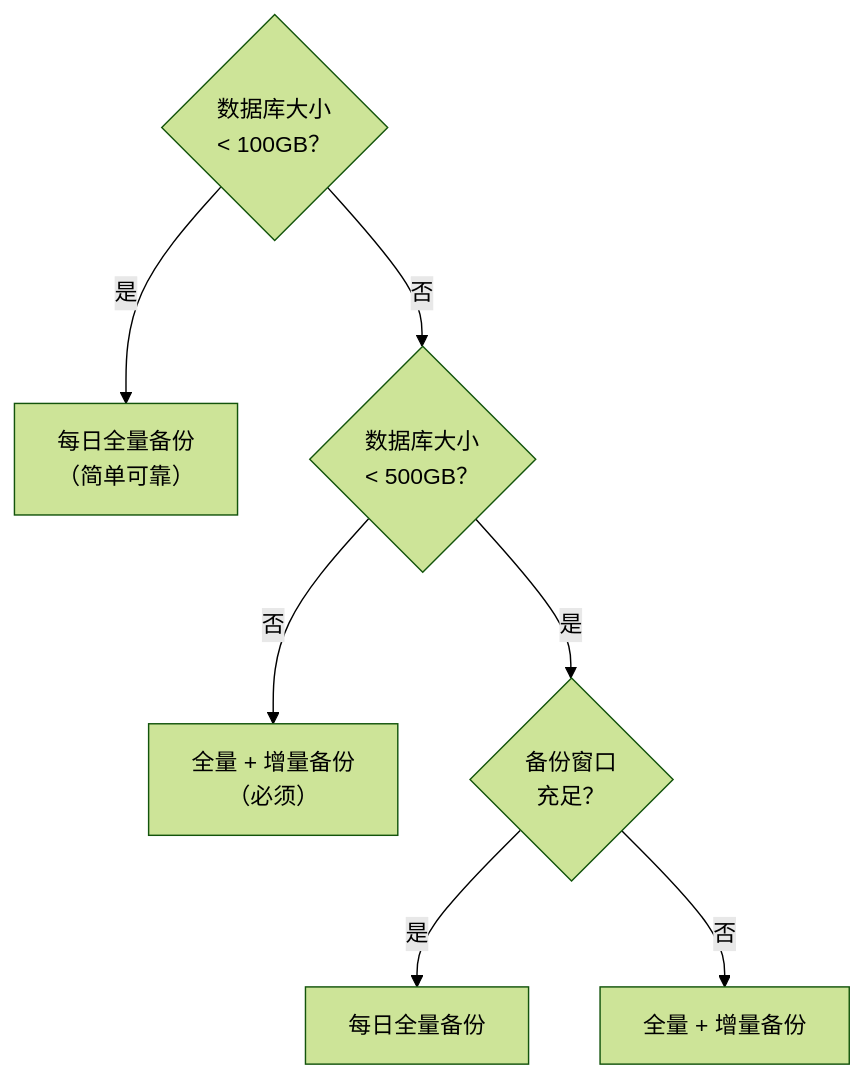
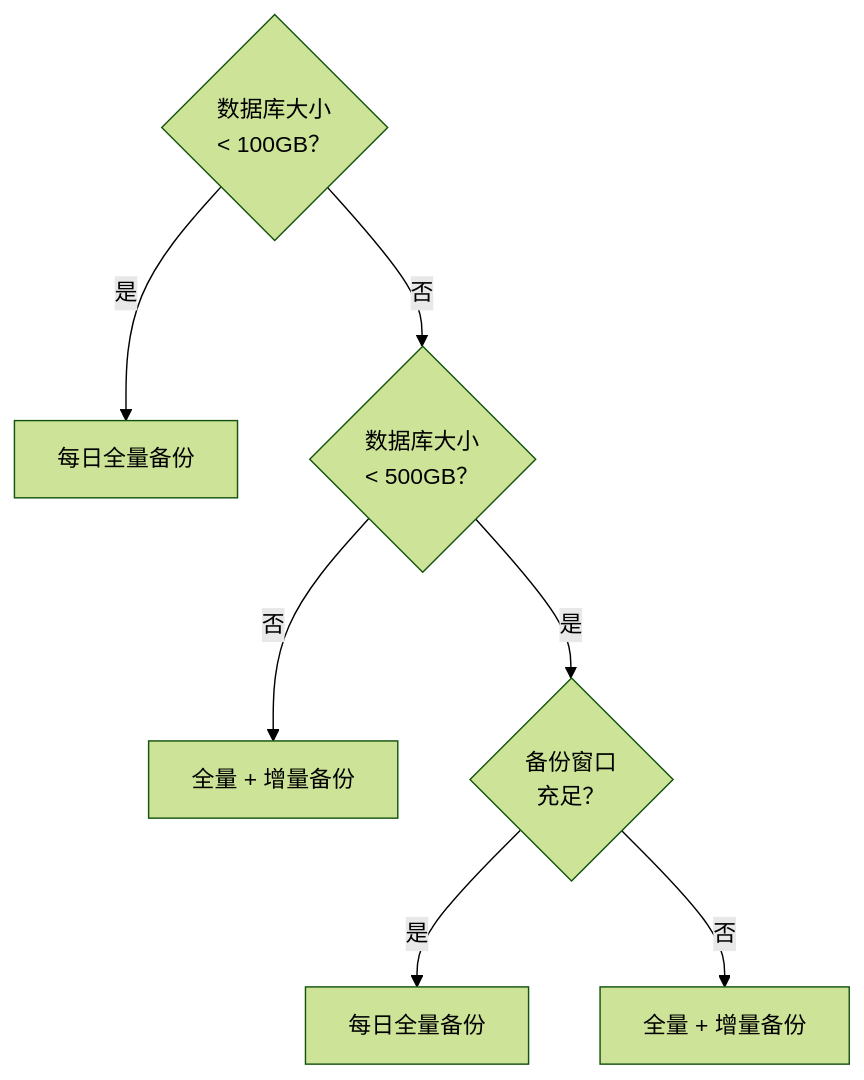
The diagram in content/docs/concept/pitr/tradeoff.md (pgsty/pigsty.cc), drawn with Mermaid (forest theme) before and after one commit. The commit also changed other lines of this file and 21 other files, not shown here.

````diff
--- a/content/docs/concept/pitr/tradeoff.md
+++ b/content/docs/concept/pitr/tradeoff.md
@@ -151,9 +134,9 @@
 ```mermaid
 flowchart TD
-    A{"数据库大小<br/>< 100GB？"} -->|是| B["每日全量备份<br/>（简单可靠）"]
+    A{"数据库大小<br/>< 100GB？"} -->|是| B["每日全量备份"]
     A -->|否| C{"数据库大小<br/>< 500GB？"}
-    C -->|否| D["全量 + 增量备份<br/>（必须）"]
+    C -->|否| D["全量 + 增量备份"]
     C -->|是| E{"备份窗口<br/>充足？"}
     E -->|是| F["每日全量备份"]
     E -->|否| G["全量 + 增量备份"]
 ```
````
